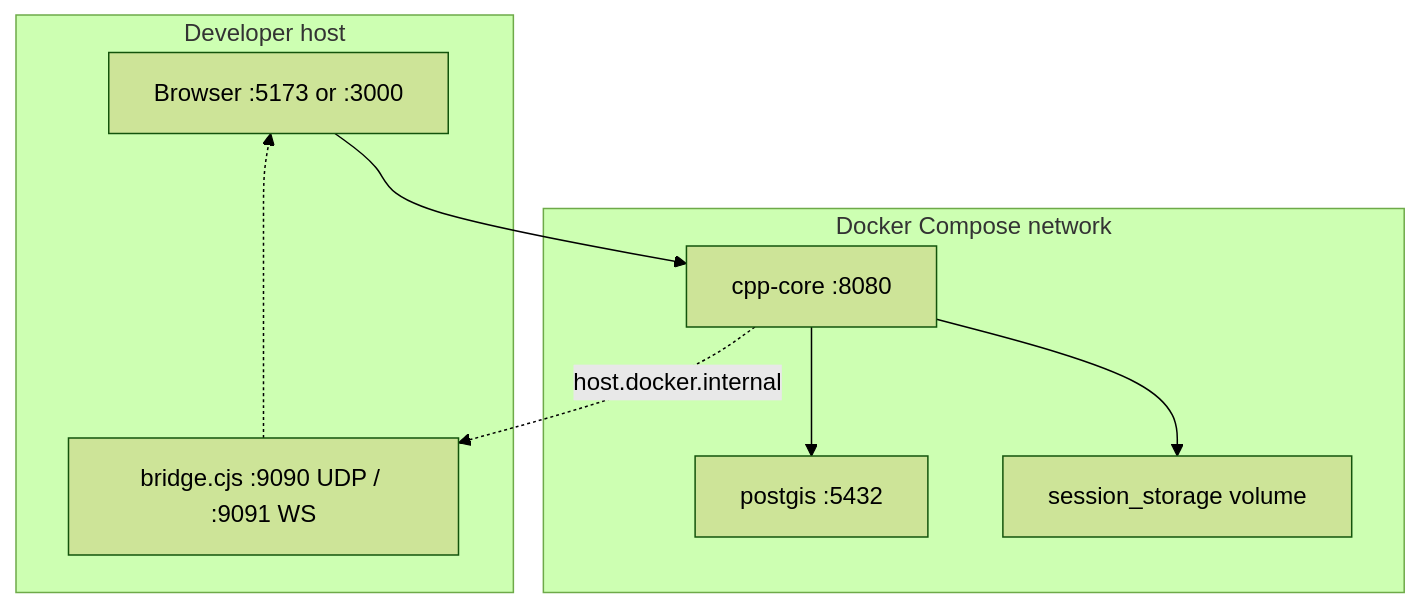
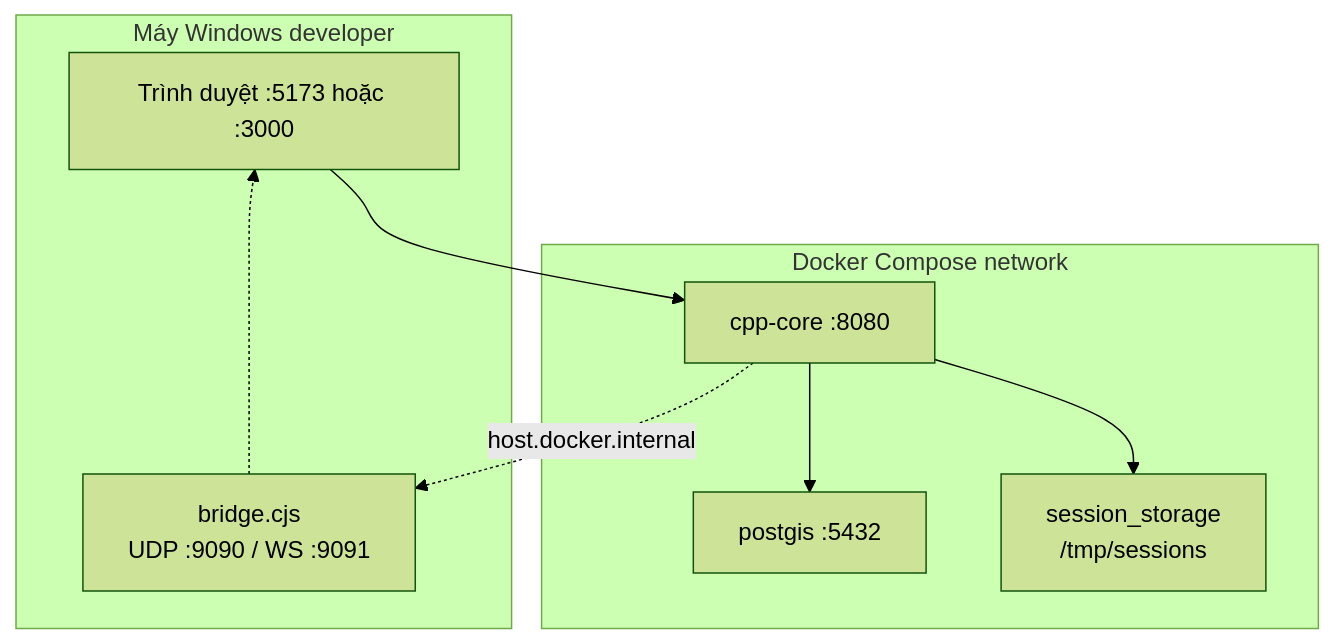
One commit to Dinhthuy2k5/remote-sensing-pipeline changed the fifth of 5 diagrams in docs/ARCHITECTURE.md. Above: the diagram before and after it, drawn with Mermaid (forest theme). The commit also changed other lines of this file and 5 other files, not shown here.

````diff
--- a/docs/ARCHITECTURE.md
+++ b/docs/ARCHITECTURE.md
@@ -186,19 +187,19 @@
 ```mermaid
 flowchart TB
-    subgraph Host["Developer host"]
-        Browser["Browser :5173 or :3000"]
-        Bridge["bridge.cjs :9090 UDP / :9091 WS"]
+    subgraph Host["Máy Windows developer"]
+        Browser["Trình duyệt :5173 hoặc :3000"]
+        Bridge["bridge.cjs<br/>UDP :9090 / WS :9091"]
     end
 
     subgraph Compose["Docker Compose network"]
         Core["cpp-core :8080"]
         DB["postgis :5432"]
-        Volume["session_storage volume"]
+        Volume["session_storage<br/>/tmp/sessions"]
         Core --> DB
         Core --> Volume
     end
 
     Browser --> Core
     Core -. "host.docker.internal" .-> Bridge
     Bridge -.-> Browser
 ```
````
